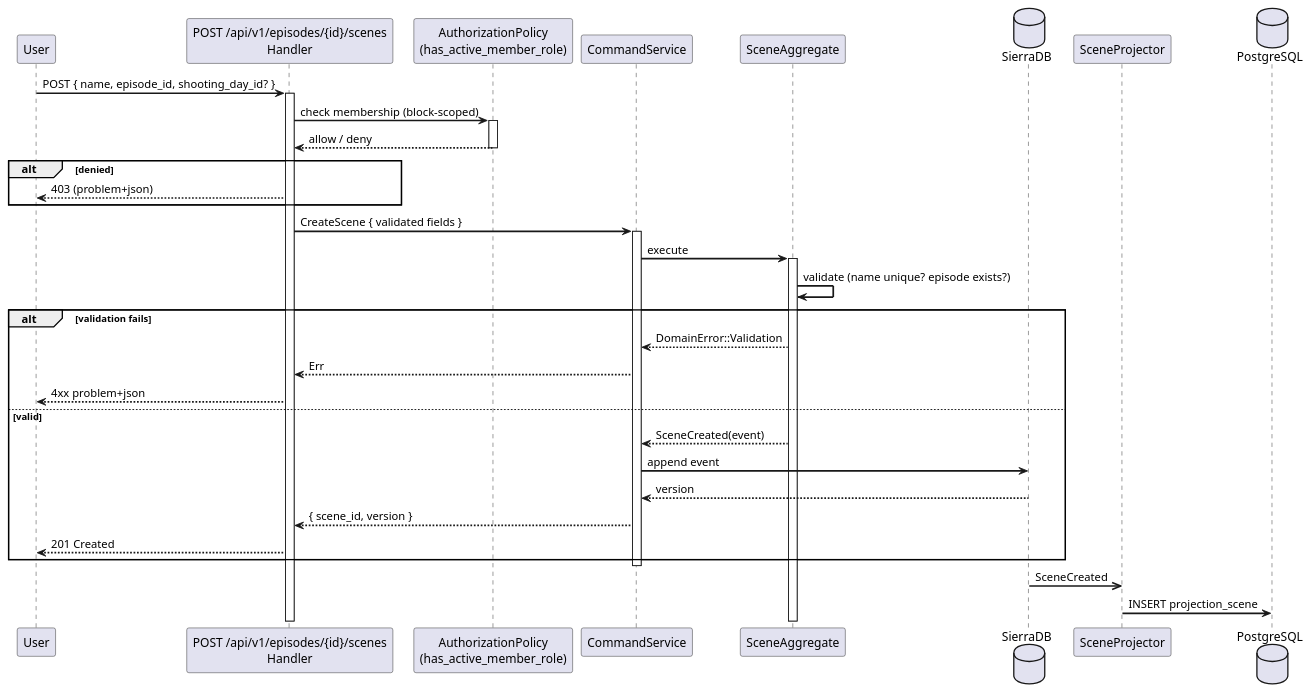
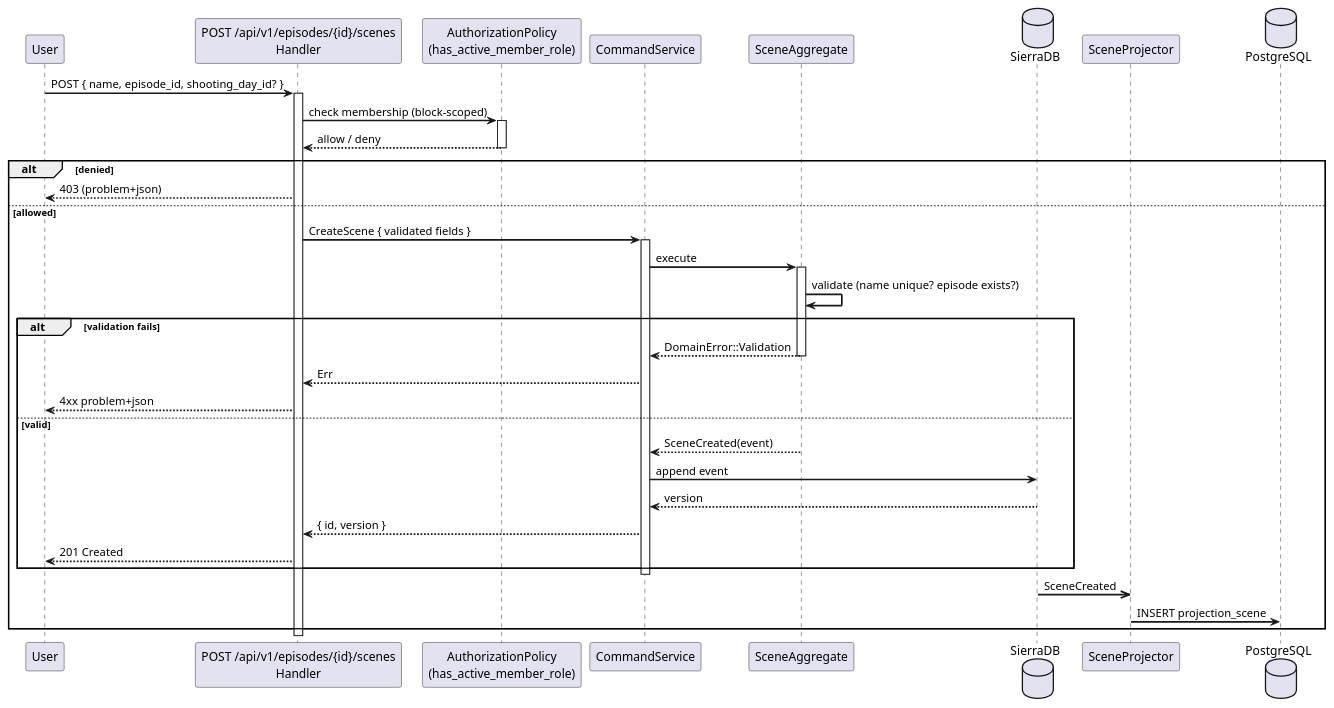
Before and after one commit to tradem/breakdown-rs: the diagram in backend/docs/architecture/diagrams/create-scene-sequence.puml, drawn with PlantUML. The commit also changed 9 other files, not shown here.

```diff
--- a/backend/docs/architecture/diagrams/create-scene-sequence.puml
+++ b/backend/docs/architecture/diagrams/create-scene-sequence.puml
@@ -1,50 +1,52 @@
 @startuml create-scene-sequence
 ' SPDX-License-Identifier: AGPL-3.0
 ' Copyright (C) 2024-2026 Breakdown RS Contributors
 ' Co-authored-by: kimi-k3 (neuralwatt)
 '
 ' Runtime view: POST scene command with authz gate.
 
 skinparam shadowing false
 skinparam sequenceArrowThickness 2
 
 participant "User" as user
 participant "POST /api/v1/episodes/{id}/scenes\nHandler" as api
 participant "AuthorizationPolicy\n(has_active_member_role)" as authz
 participant "CommandService" as svc
 participant "SceneAggregate" as agg
 database "SierraDB" as es
 participant "SceneProjector" as proj
 database "PostgreSQL" as db
 
 user -> api : POST { name, episode_id, shooting_day_id? }
 activate api
 api -> authz : check membership (block-scoped)
 activate authz
 authz --> api : allow / deny
 deactivate authz
 alt denied
   api --> user : 403 (problem+json)
+else allowed
+  api -> svc : CreateScene { validated fields }
+  activate svc
+  svc -> agg : execute
+  activate agg
+  agg -> agg : validate (name unique? episode exists?)
+  alt validation fails
+    agg --> svc : DomainError::Validation
+    deactivate agg
+    svc --> api : Err
+    api --> user : 4xx problem+json
+  else valid
+    agg --> svc : SceneCreated(event)
+    deactivate agg
+    svc -> es : append event
+    es --> svc : version
+    svc --> api : { id, version }
+    api --> user : 201 Created
+  end
+  deactivate svc
+  es ->> proj : SceneCreated
+  proj -> db : INSERT projection_scene
+  deactivate proj
 end
-api -> svc : CreateScene { validated fields }
-activate svc
-svc -> agg : execute
-activate agg
-agg -> agg : validate (name unique? episode exists?)
-alt validation fails
-  agg --> svc : DomainError::Validation
-  svc --> api : Err
-  api --> user : 4xx problem+json
-else valid
-  agg --> svc : SceneCreated(event)
-  svc -> es : append event
-  es --> svc : version
-  svc --> api : { scene_id, version }
-  api --> user : 201 Created
-end
-deactivate svc
-es ->> proj : SceneCreated
-proj -> db : INSERT projection_scene
-deactivate proj
-
 @enduml
```
